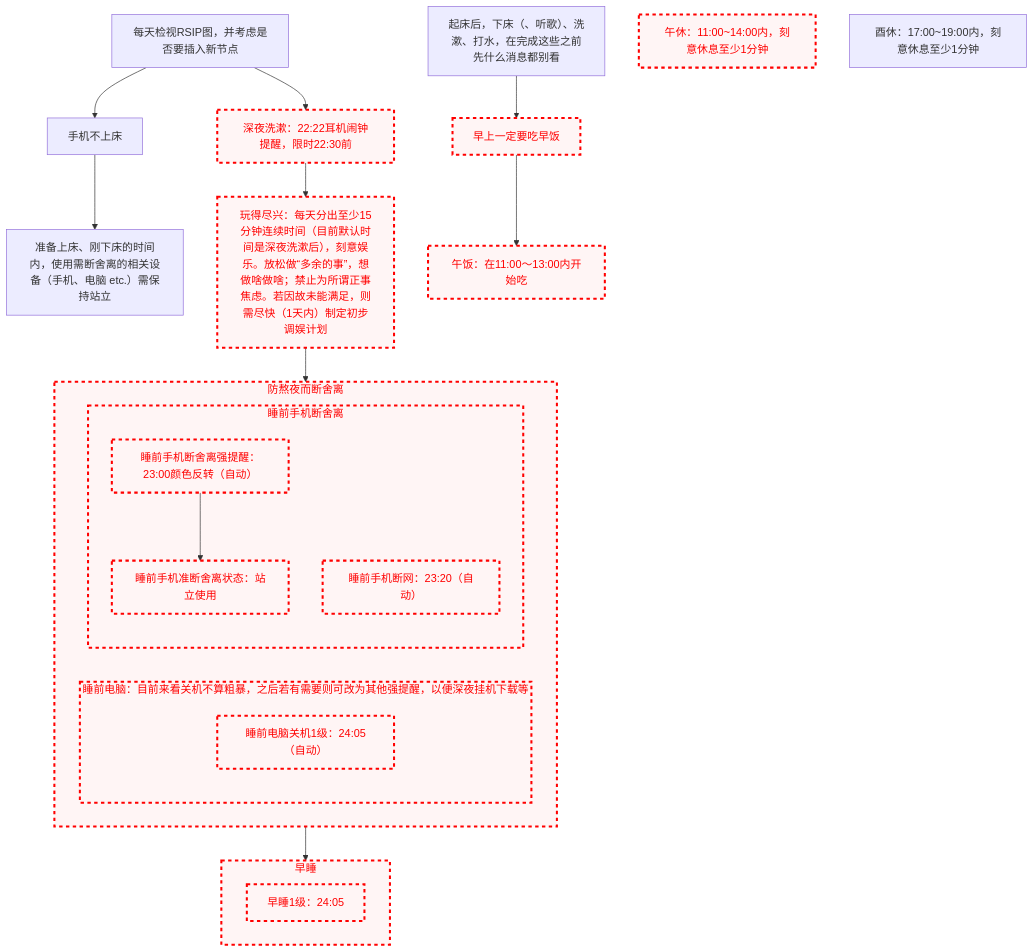
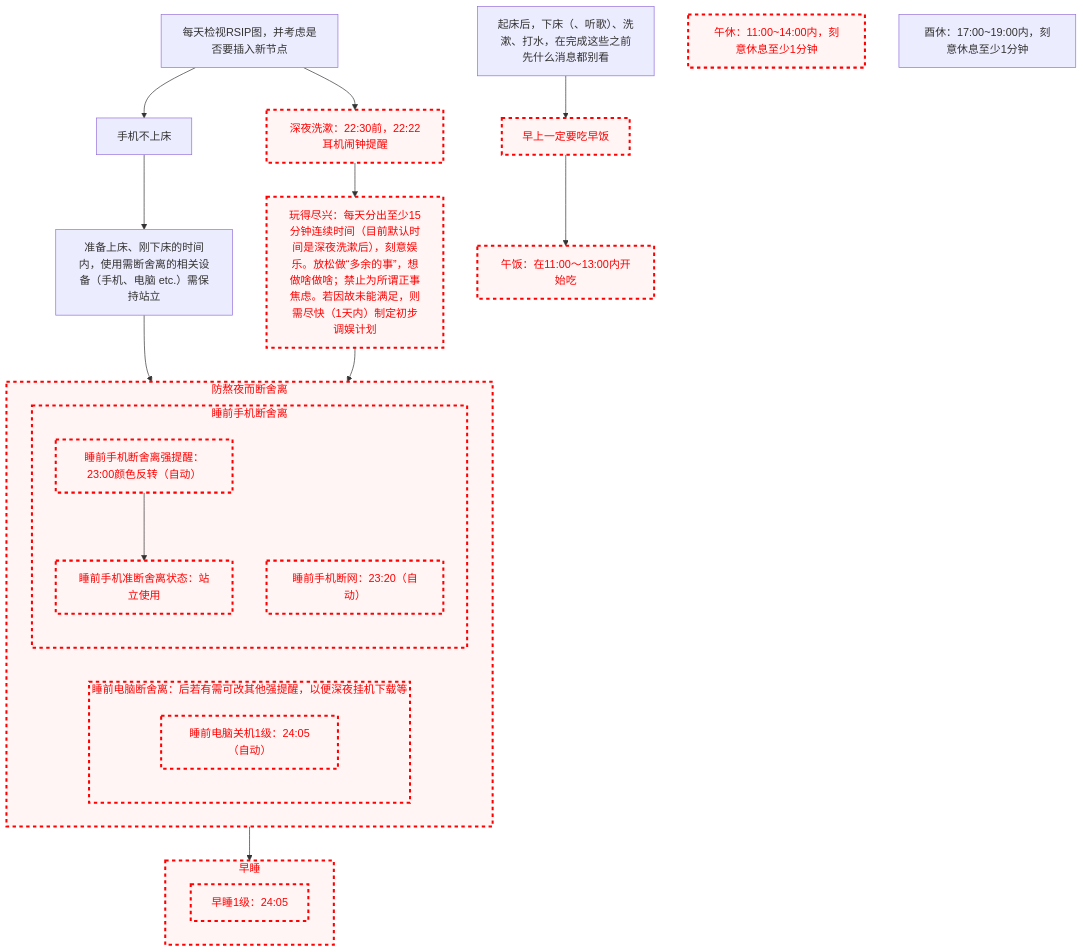
One commit to Ethkuil/RSIP-tree changed the diagram in README.md. Above: the diagram before and after it, drawn with Mermaid.

Commit message:
refactor

````diff
--- a/README.md
+++ b/README.md
@@ -14,54 +14,55 @@
 ```mermaid
 graph TD
 
 classDef failed stroke:#ff0000, stroke-width:3px, color:#ff0000, fill:#fff5f5, stroke-dasharray: 5
 
 RSIP[每天检视RSIP图，并考虑是否要插入新节点]
 
 
 RSIP --> 手机不上床
 手机不上床 --> 站立使用[准备上床、刚下床的时间内，使用需断舍离的相关设备（手机、电脑 etc.）需保持站立]
 
-
-RSIP --> 深夜洗漱[深夜洗漱：22:22耳机闹钟提醒，限时22:30前]
+RSIP --> 深夜洗漱[深夜洗漱：22:30前，22:22耳机闹钟提醒]
 class 深夜洗漱 failed
 深夜洗漱 --> 玩得尽兴[玩得尽兴：每天分出至少15分钟连续时间（目前默认时间是深夜洗漱后），刻意娱乐。放松做“多余的事”，想做啥做啥；禁止为所谓正事焦虑。若因故未能满足，则需尽快（1天内）制定初步调娱计划]
 class 玩得尽兴 failed
+
+站立使用 --> 防熬夜而断舍离
 玩得尽兴 --> 防熬夜而断舍离
 subgraph 防熬夜而断舍离
-  subgraph 睡前电脑断舍离[睡前电脑：目前来看关机不算粗暴，之后若有需要则可改为其他强提醒，以便深夜挂机下载等]
+  subgraph 睡前电脑断舍离[睡前电脑断舍离：后若有需可改其他强提醒，以便深夜挂机下载等]
     睡前电脑关机1级[睡前电脑关机1级：24:05（自动）]
     class 睡前电脑关机1级 failed
   end
   class 睡前电脑断舍离 failed
 
   subgraph 睡前手机断舍离
     睡前手机断舍离强提醒[睡前手机断舍离强提醒：23:00颜色反转（自动）]
     class 睡前手机断舍离强提醒 failed
     睡前手机断舍离强提醒 --> 睡前手机准断舍离状态[睡前手机准断舍离状态：站立使用]
     class 睡前手机准断舍离状态 failed
     睡前手机断网[睡前手机断网：23:20（自动）]
     class 睡前手机断网 failed
   end
   class 睡前手机断舍离 failed
 end
 class 防熬夜而断舍离 failed
 防熬夜而断舍离 --> 早睡
 subgraph 早睡
   早睡1级[早睡1级：24:05]
   class 早睡1级 failed
 end
 class 早睡 failed
 
 
 清晨洗漱[起床后，下床（、听歌）、洗漱、打水，在完成这些之前先什么消息都别看]
 
 清晨洗漱 --> 早饭[早上一定要吃早饭]
 class 早饭 failed
 早饭 --> 午饭[午饭：在11:00～13:00内开始吃]
 class 午饭 failed
 
 午休[午休：11:00~14:00内，刻意休息至少1分钟]
 class 午休 failed
 酉休[酉休：17:00~19:00内，刻意休息至少1分钟]
 ```
````
